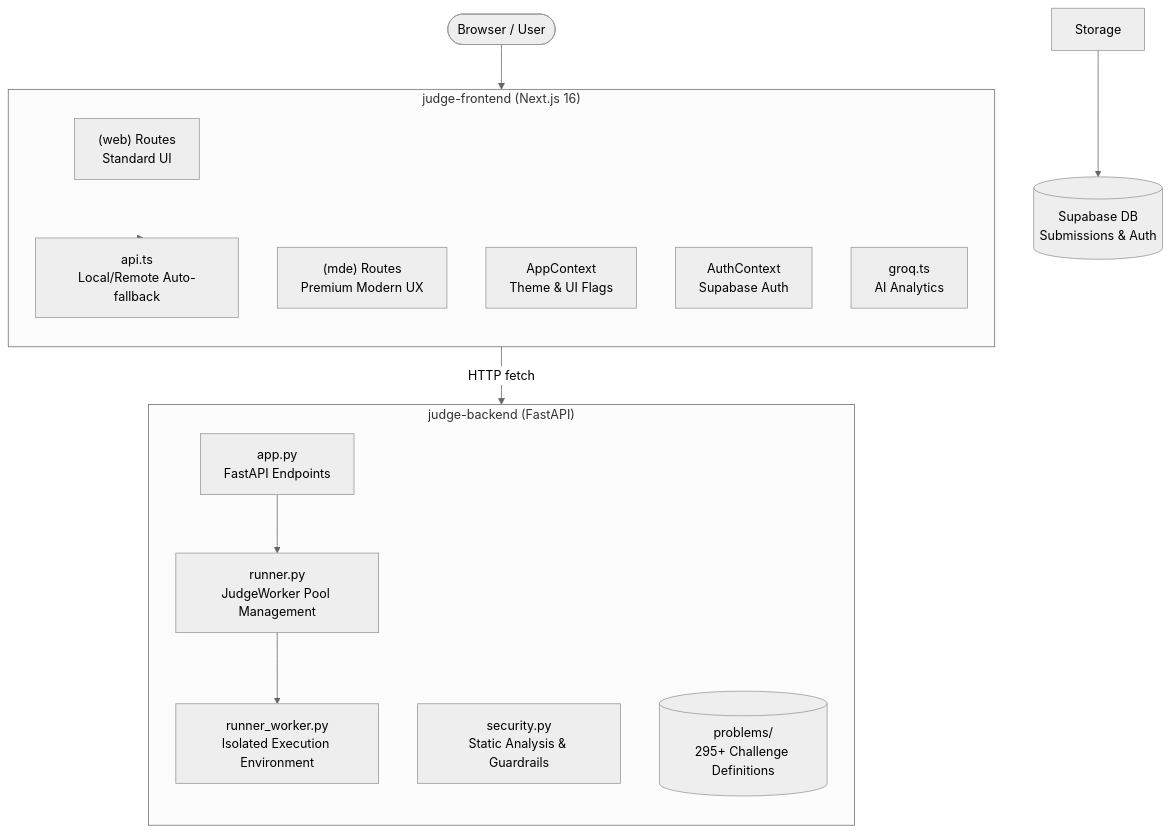
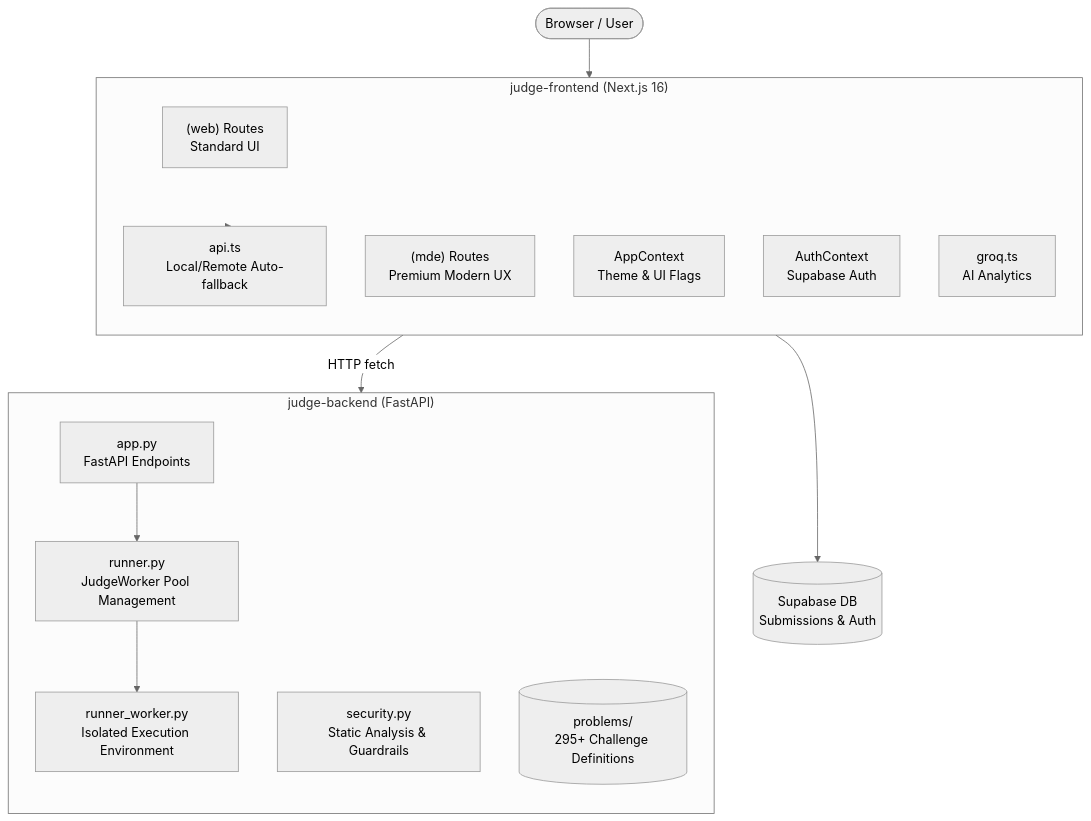
The diagram in README.md (DakshSingh-GitHub/Vlyxir), drawn with Mermaid (neutral theme) before and after one commit. The commit also changed other lines of this file and 3 other files, not shown here.

````diff
--- a/README.md
+++ b/README.md
@@ -40,32 +53,32 @@
 ```mermaid
 flowchart TD
     User([Browser / User])
 
     subgraph Frontend ["judge-frontend (Next.js 16)"]
         direction TB
         WebRoutes["(web) Routes\nStandard UI"]
         MdeRoutes["(mde) Routes\nPremium Modern UX"]
         AppCtx["AppContext\nTheme & UI Flags"]
         AuthCtx["AuthContext\nSupabase Auth"]
         ApiLib["api.ts\nLocal/Remote Auto-fallback"]
         Groq["groq.ts\nAI Analytics"]
     end
 
     subgraph Backend ["judge-backend (FastAPI)"]
         direction TB
         AppPy["app.py\nFastAPI Endpoints"]
         Runner["runner.py\nJudgeWorker Pool Management"]
         Security["security.py\nStatic Analysis & Guardrails"]
         WorkerPy["runner_worker.py\nIsolated Execution Environment"]
         Problems[("problems/\n295+ Challenge Definitions")]
     end
 
     SupabaseDB[(Supabase DB\nSubmissions & Auth)]
 
     User --> Frontend
     Frontend --> ApiLib
     ApiLib -->|"HTTP fetch"| Backend
     AppPy --> Runner
     Runner --> WorkerPy
-    Storage --> SupabaseDB
+    Frontend --> SupabaseDB
 ```
````
